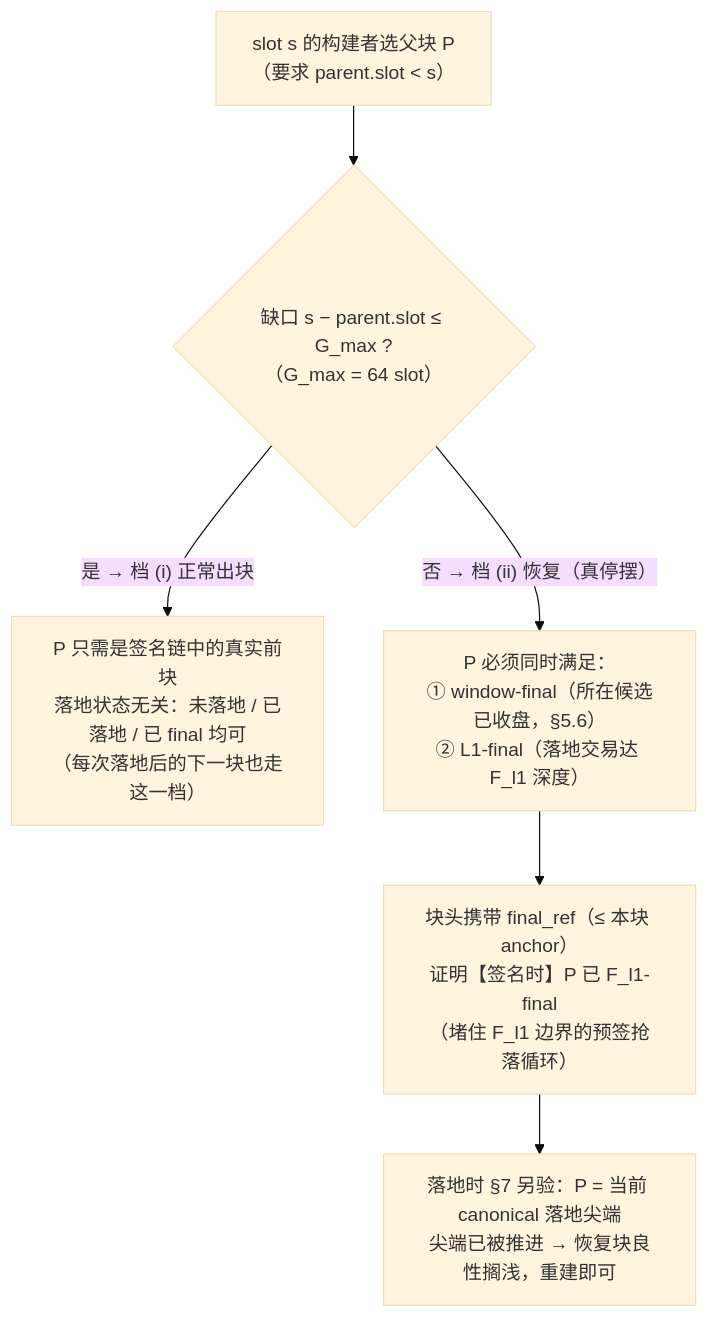
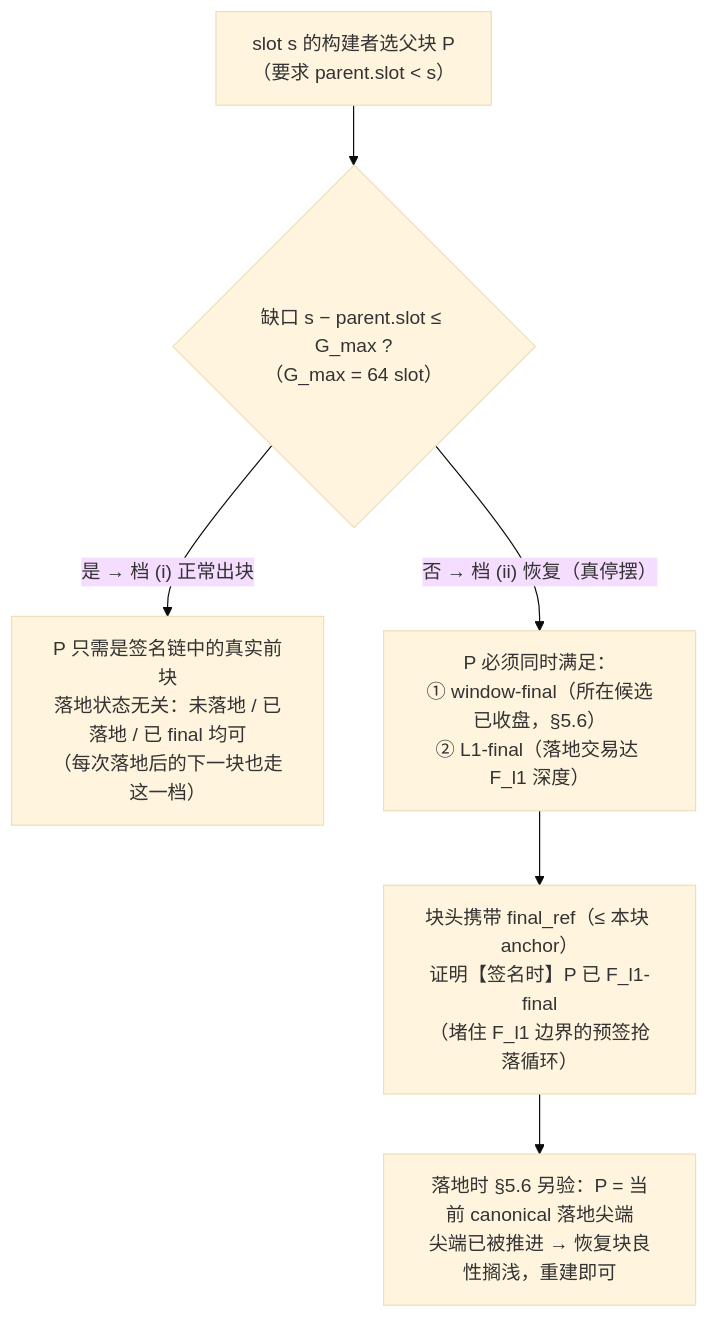
One commit to taikoxyz/taiko-mono changed the fourth of 9 diagrams in packages/protocol/docs/preconfirmation-v2/slot-chain-spec.md. Above: the diagram before and after it, drawn with Mermaid (base theme). The commit also changed other lines of this file and 7 other files, not shown here.

````diff
--- a/packages/protocol/docs/preconfirmation-v2/slot-chain-spec.md
+++ b/packages/protocol/docs/preconfirmation-v2/slot-chain-spec.md
@@ -361,8 +360,8 @@
   ```mermaid
   flowchart TD
       S["slot s 的构建者选父块 P<br/>（要求 parent.slot < s）"] --> G{"缺口 s − parent.slot ≤ G_max ?<br/>（G_max = 64 slot）"}
       G -->|"是 → 档 (i) 正常出块"| T1["P 只需是签名链中的真实前块<br/>落地状态无关：未落地 / 已落地 / 已 final 均可<br/>（每次落地后的下一块也走这一档）"]
       G -->|"否 → 档 (ii) 恢复（真停摆）"| T2["P 必须同时满足：<br/>① window-final（所在候选已收盘，§5.6）<br/>② L1-final（落地交易达 F_l1 深度）"]
       T2 --> FR["块头携带 final_ref（≤ 本块 anchor）<br/>证明【签名时】P 已 F_l1-final<br/>（堵住 F_l1 边界的预签抢落循环）"]
-      FR --> LAND["落地时 §7 另验：P = 当前 canonical 落地尖端<br/>尖端已被推进 → 恢复块良性搁浅，重建即可"]
+      FR --> LAND["落地时 §5.6 另验：P = 当前 canonical 落地尖端<br/>尖端已被推进 → 恢复块良性搁浅，重建即可"]
   ```
````
